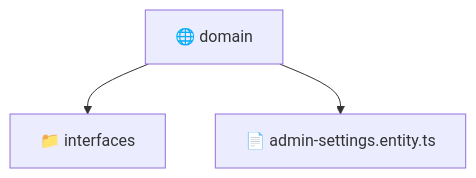
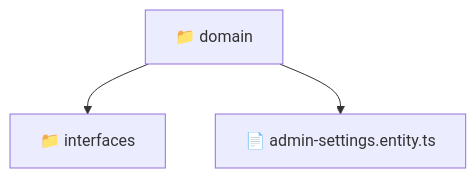
Before and after one commit to beginwebdev2002/fullstack-mavluda: the diagram in backend/src/modules/admin-settings/domain/README.md, drawn with Mermaid. The commit also changed other lines of this file and 159 other files, not shown here.

````diff
--- a/backend/src/modules/admin-settings/domain/README.md
+++ b/backend/src/modules/admin-settings/domain/README.md
@@ -11,6 +9,6 @@
 ```mermaid
 graph TD
-  domain["🌐 domain"]
-  domain --> domain_interfaces["📁 interfaces"]
-  domain --> domain_admin_settings_entity_ts["📄 admin-settings.entity.ts"]
+  Root["📁 domain"]
+  Root --> interfaces["📁 interfaces"]
+  Root --> admin_settings_entity_ts["📄 admin-settings.entity.ts"]
 ```
````
